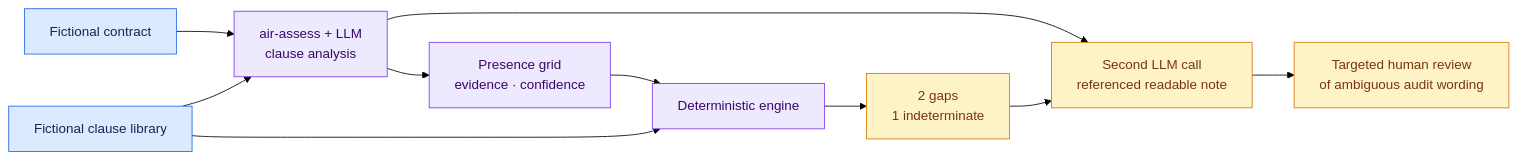
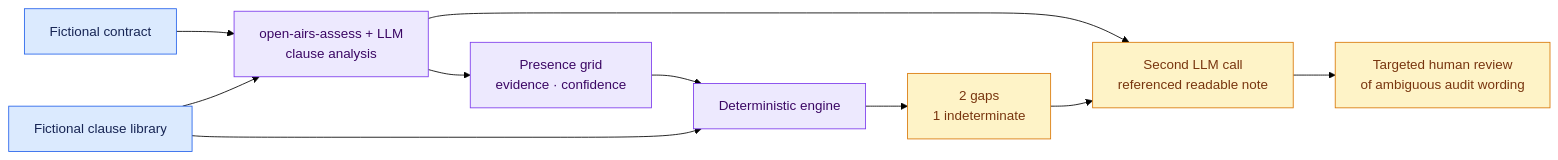
The diagram in examples/contract-review/README.md (NickChaps/Open-AIRS), drawn with Mermaid (forest theme) before and after one commit. The commit also changed other lines of this file and 101 other files, not shown here.

Commit message:
chore: rename project to Open AIRS

````diff
--- a/examples/contract-review/README.md
+++ b/examples/contract-review/README.md
@@ -10,19 +10,19 @@
 ```mermaid
 flowchart LR
-    C["Fictional contract"] --> X["air-assess + LLM<br/>clause analysis"]
+    C["Fictional contract"] --> X["open-airs-assess + LLM<br/>clause analysis"]
     L["Fictional clause library"] --> X
     X --> F["Presence grid<br/>evidence · confidence"]
     F --> E["Deterministic engine"]
     L --> E
     E --> R["2 gaps<br/>1 indeterminate"]
     X --> N["Second LLM call<br/>referenced readable note"]
     R --> N
     N --> H["Targeted human review<br/>of ambiguous audit wording"]
 
     classDef source fill:#dbeafe,stroke:#2563eb,color:#172554
     classDef analysis fill:#ede9fe,stroke:#7c3aed,color:#3b0764
     classDef result fill:#fef3c7,stroke:#d97706,color:#78350f
     class C,L source
     class X,F,E analysis
     class R,N,H result
 ```
````
